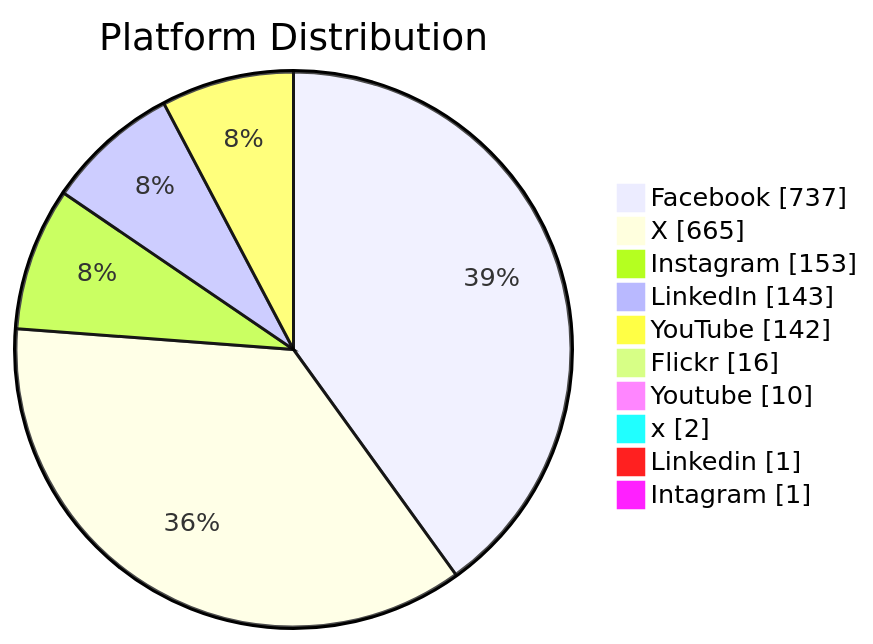
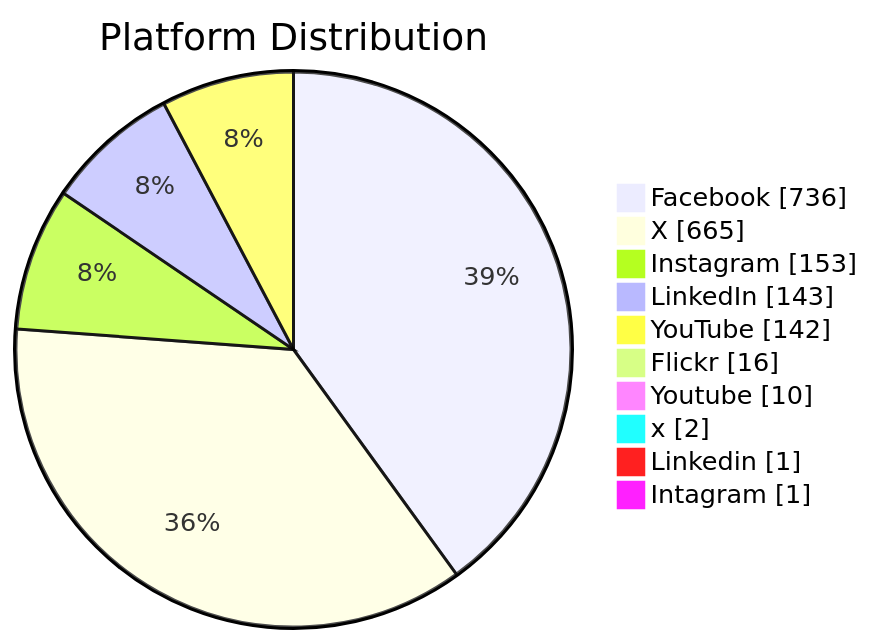
The fourth of 8 diagrams in README.md (PatLittle/GC-Socials), drawn with Mermaid before and after one commit. The commit also changed other lines of this file, not shown here.

Commit message:
Update README with Platform Distribution pie chart

````diff
--- a/README.md
+++ b/README.md
@@ -147,13 +146,13 @@
 ```mermaid
 pie showData title Platform Distribution
-    "Facebook": 737
+    "Facebook": 736
     "X": 665
     "Instagram": 153
     "LinkedIn": 143
     "YouTube": 142
     "Flickr": 16
     "Youtube": 10
     "x": 2
     "Linkedin": 1
     "Intagram": 1
 ```
````
